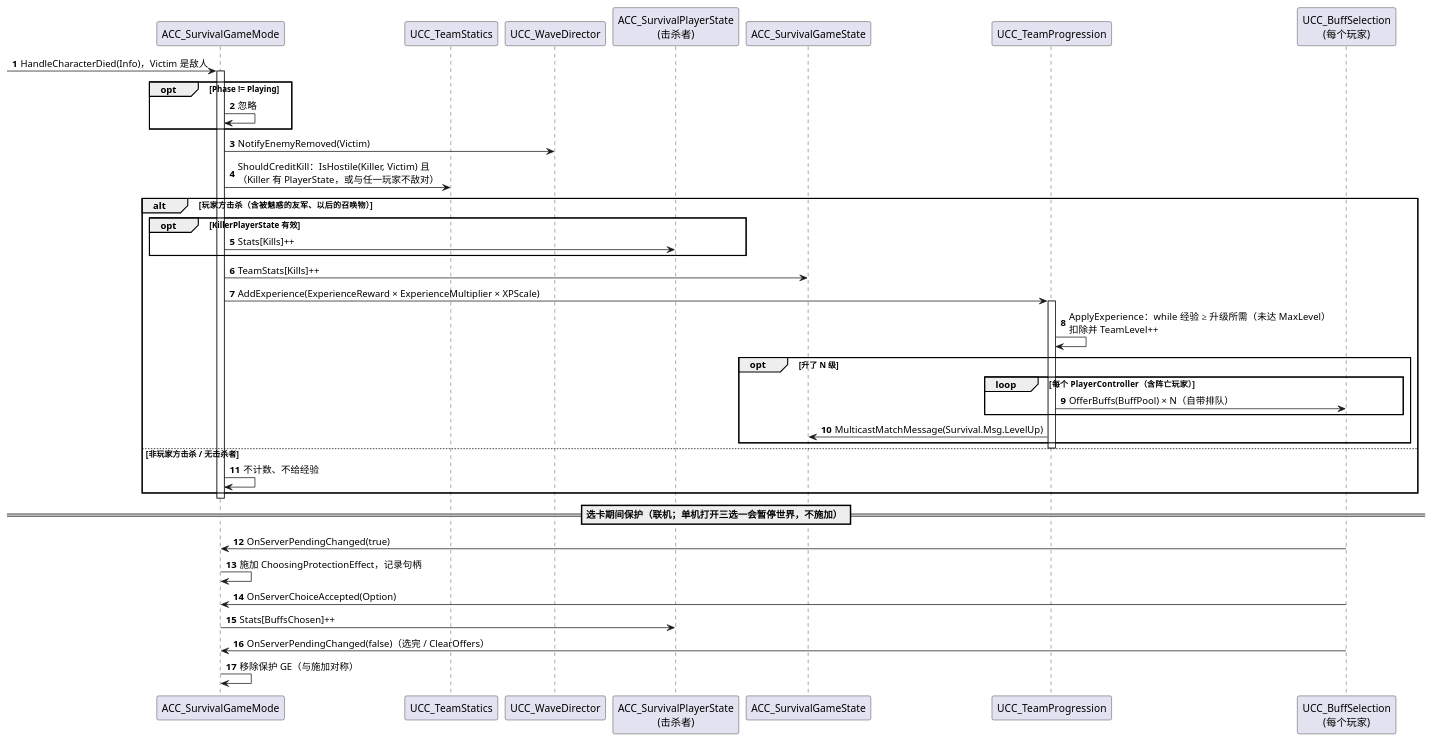
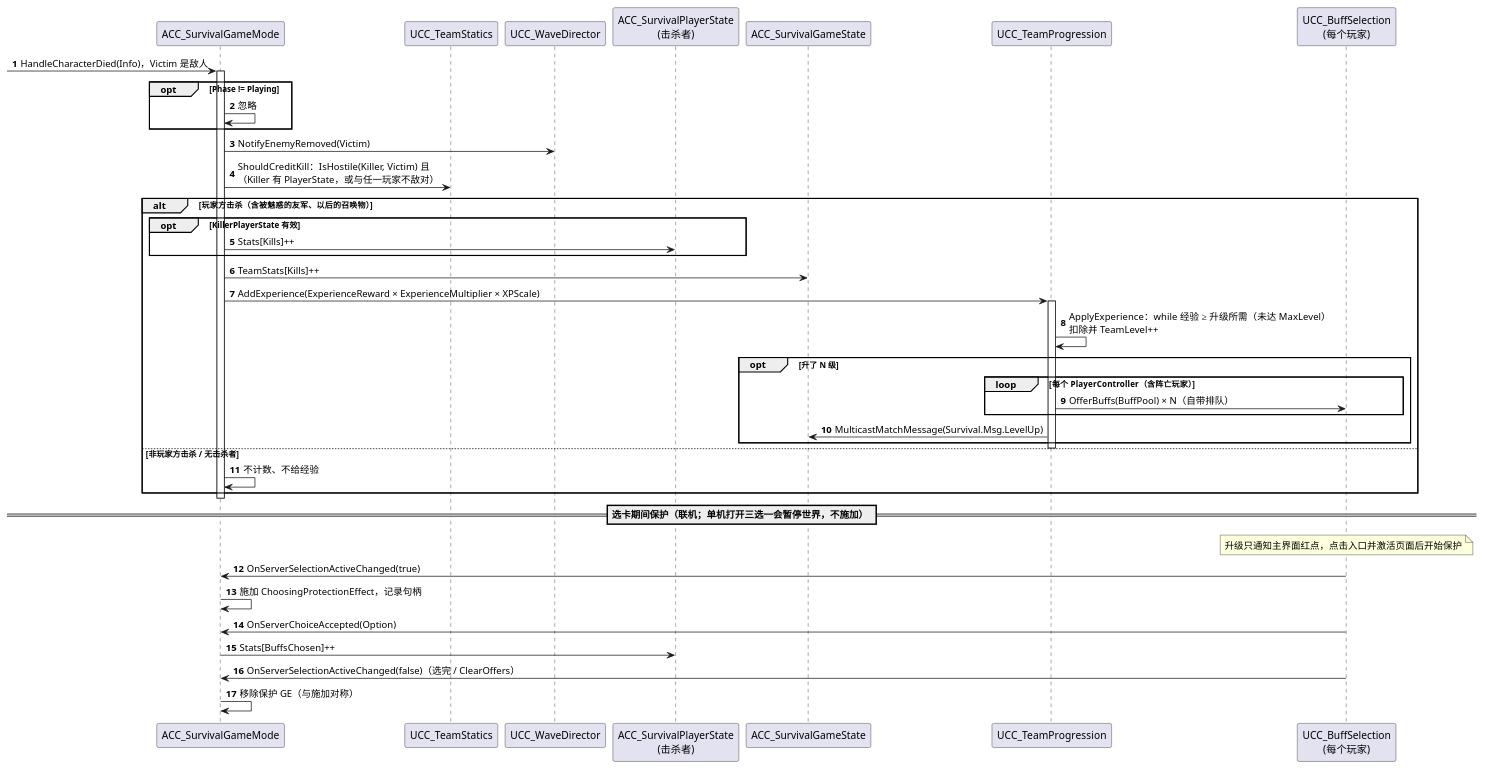
Before and after one commit to peng984251536/GAS_Demo: the ninth of 11 diagrams in Docs/SurvivalMode.zh-CN.md, drawn with PlantUML. The commit also changed other lines of this file and 64 other files, not shown here.

````diff
--- a/Docs/SurvivalMode.zh-CN.md
+++ b/Docs/SurvivalMode.zh-CN.md
@@ -710,50 +710,51 @@
 ```plantuml
 @startuml 共享经验与升级
 skinparam shadowing false
 skinparam defaultFontName "Microsoft YaHei"
 autonumber
 
 participant "ACC_SurvivalGameMode" as GM
 participant "UCC_TeamStatics" as TEAM
 participant "UCC_WaveDirector" as WD
 participant "ACC_SurvivalPlayerState\n(击杀者)" as KPS
 participant "ACC_SurvivalGameState" as GS
 participant "UCC_TeamProgression" as TP
 participant "UCC_BuffSelection\n(每个玩家)" as BS
 
 [-> GM : HandleCharacterDied(Info)，Victim 是敌人
 activate GM
 opt Phase != Playing
   GM -> GM : 忽略
 end
 GM -> WD : NotifyEnemyRemoved(Victim)
 GM -> TEAM : ShouldCreditKill：IsHostile(Killer, Victim) 且\n（Killer 有 PlayerState，或与任一玩家不敌对）
 alt 玩家方击杀（含被魅惑的友军、以后的召唤物）
   opt KillerPlayerState 有效
     GM -> KPS : Stats[Kills]++
   end
   GM -> GS : TeamStats[Kills]++
   GM -> TP : AddExperience(ExperienceReward × ExperienceMultiplier × XPScale)
   activate TP
   TP -> TP : ApplyExperience：while 经验 ≥ 升级所需（未达 MaxLevel）\n扣除并 TeamLevel++
   opt 升了 N 级
     loop 每个 PlayerController（含阵亡玩家）
       TP -> BS : OfferBuffs(BuffPool) × N（自带排队）
     end
     TP -> GS : MulticastMatchMessage(Survival.Msg.LevelUp)
   end
   deactivate TP
 else 非玩家方击杀 / 无击杀者
   GM -> GM : 不计数、不给经验
 end
 deactivate GM
 
 == 选卡期间保护（联机；单机打开三选一会暂停世界，不施加） ==
-BS -> GM : OnServerPendingChanged(true)
+note over BS : 升级只通知主界面红点，点击入口并激活页面后开始保护
+BS -> GM : OnServerSelectionActiveChanged(true)
 GM -> GM : 施加 ChoosingProtectionEffect，记录句柄
 BS -> GM : OnServerChoiceAccepted(Option)
 GM -> KPS : Stats[BuffsChosen]++
-BS -> GM : OnServerPendingChanged(false)（选完 / ClearOffers）
+BS -> GM : OnServerSelectionActiveChanged(false)（选完 / ClearOffers）
 GM -> GM : 移除保护 GE（与施加对称）
 @enduml
 ```
````
